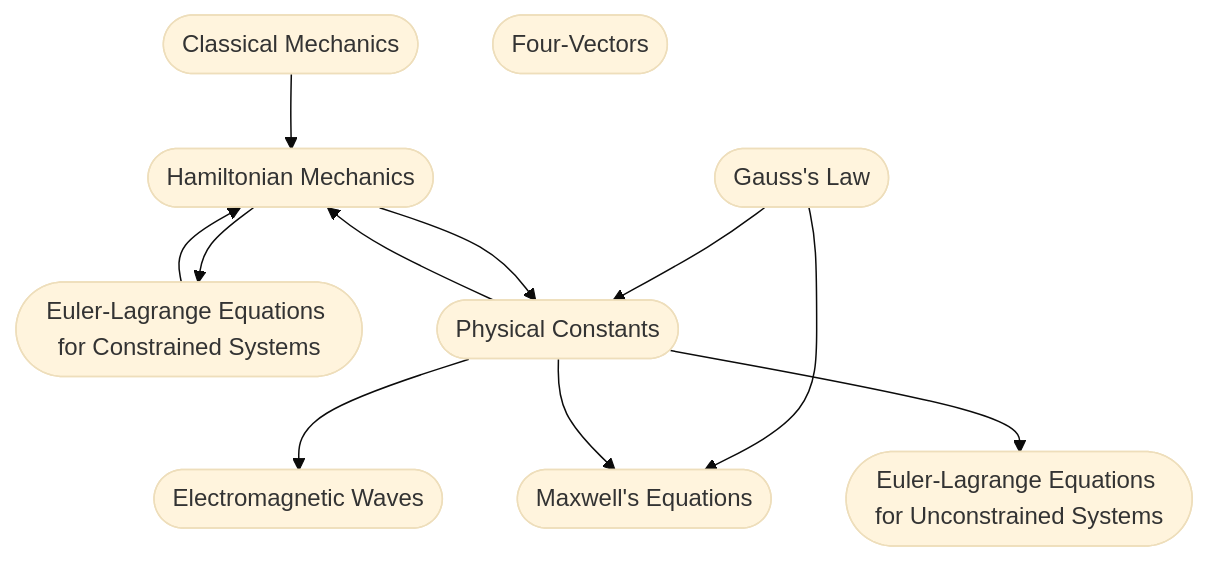
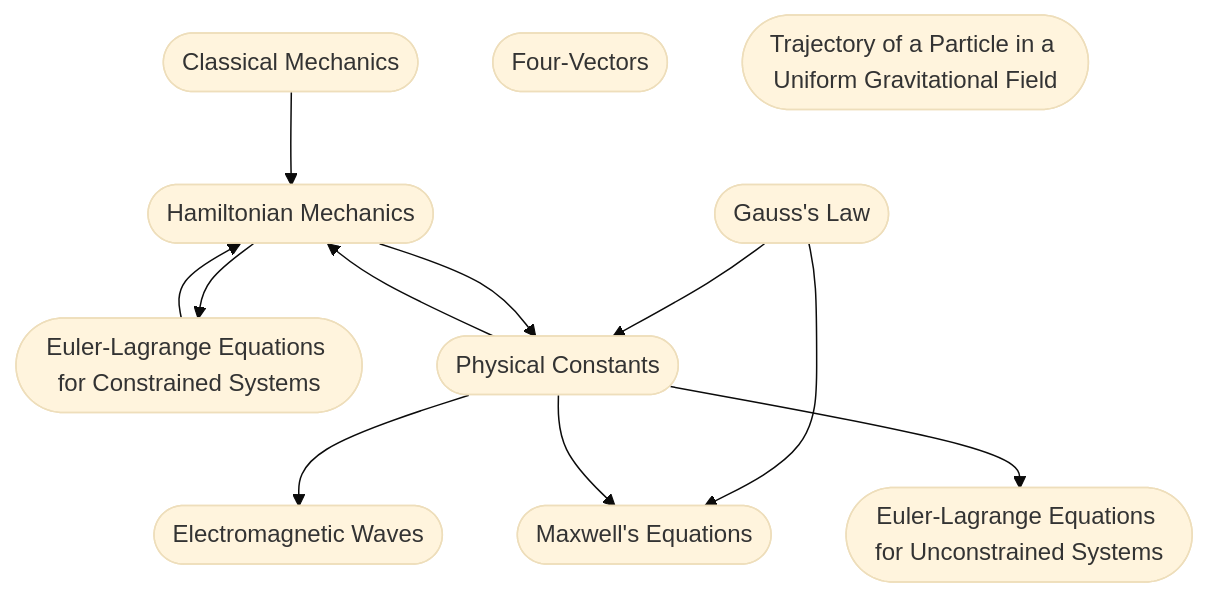
One commit to Aaravshah2907/Physics-KB changed the diagram in KNOWLEDGE_GRAPH.md. Above: the diagram before and after it, drawn with Mermaid (base theme). The commit also changed 4 other files, not shown here.

Commit message:
Generate deep-dive: Trajectory of a particle under gravity

````diff
--- a/KNOWLEDGE_GRAPH.md
+++ b/KNOWLEDGE_GRAPH.md
@@ -3,22 +3,23 @@
 ```mermaid
 graph TD
   classical_mechanics([Classical Mechanics])
   electromagnetic_waves([Electromagnetic Waves])
   eulerlagrange_equations_for_constrained_systems([Euler-Lagrange Equations for Constrained Systems])
   eulerlagrange_equations_for_unconstrained_systems([Euler-Lagrange Equations for Unconstrained Systems])
   four_vectors([Four-Vectors])
   gauss_law([Gauss's Law])
   hamiltonian_mechanics([Hamiltonian Mechanics])
   maxwell_s_equations([Maxwell's Equations])
+  particle_trajectory_gravity([Trajectory of a Particle in a Uniform Gravitational Field])
   physical_constants([Physical Constants])
   classical_mechanics --> hamiltonian_mechanics
   eulerlagrange_equations_for_constrained_systems --> hamiltonian_mechanics
   gauss_law --> maxwell_s_equations
   gauss_law --> physical_constants
   hamiltonian_mechanics --> eulerlagrange_equations_for_constrained_systems
   hamiltonian_mechanics --> physical_constants
   physical_constants --> electromagnetic_waves
   physical_constants --> eulerlagrange_equations_for_unconstrained_systems
   physical_constants --> hamiltonian_mechanics
   physical_constants --> maxwell_s_equations
 ```
````
